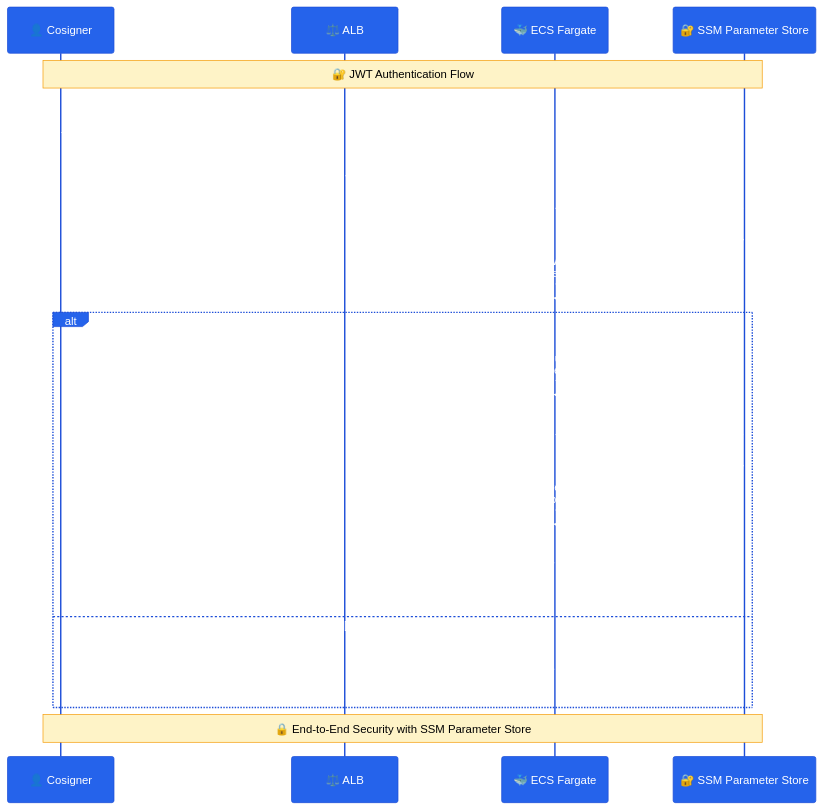
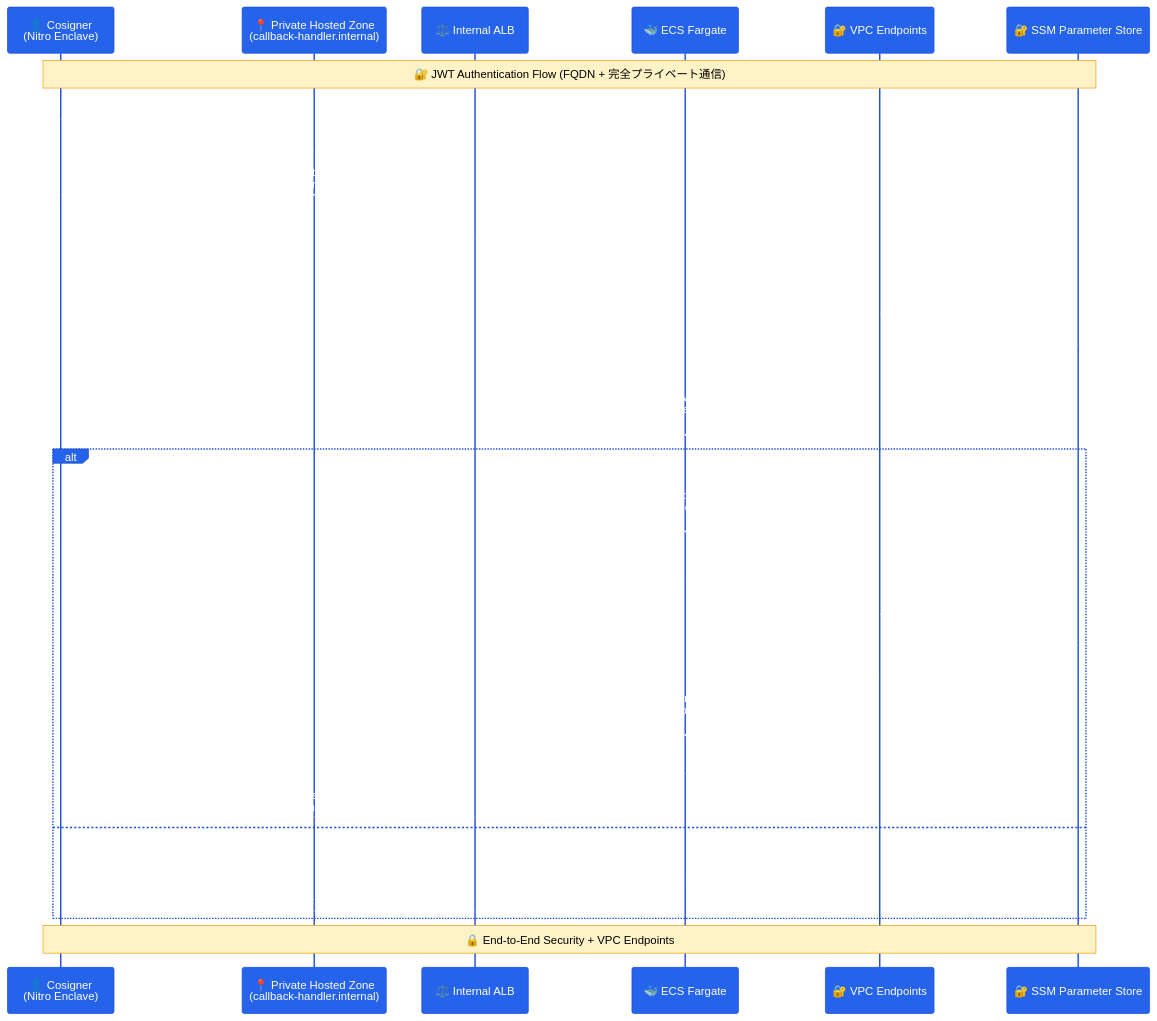
The second of 2 diagrams in README.md (mahiroaug/fireblocks-callbackhandler2), drawn with Mermaid before and after one commit. The commit also changed other lines of this file and 13 other files, not shown here.

````diff
--- a/README.md
+++ b/README.md
@@ -49,35 +93,43 @@
 ```mermaid
 %%{init: {'theme': 'base', 'themeVariables': { 'primaryColor': '#2563eb', 'primaryTextColor': '#ffffff', 'primaryBorderColor': '#1d4ed8', 'lineColor': '#374151', 'secondaryColor': '#f3f4f6', 'tertiaryColor': '#e5e7eb', 'background': '#ffffff', 'noteTextColor': '#000000', 'noteBkgColor': '#fef3c7', 'noteBorderColor': '#f59e0b'}}}%%
 sequenceDiagram
-    participant C as 👤 Cosigner
-    participant A as ⚖️ ALB
+    participant C as 👤 Cosigner<br/>(Nitro Enclave)
+    participant D as 📍 Private Hosted Zone<br/>(callback-handler.internal)
+    participant A as ⚖️ Internal ALB
     participant E as 🐳 ECS Fargate
+    participant V as 🔐 VPC Endpoints
     participant S as 🔐 SSM Parameter Store
     
-    Note over C,S: 🔐 JWT Authentication Flow
+    Note over C,S: 🔐 JWT Authentication Flow (FQDN + 完全プライベート通信)
     
-    C->>A: 1. HTTPS Request (Port 443)<br/>JWT Token (signed with cosigner_private_key)
-    A->>E: 2. HTTP Forward (Port 3000)<br/>JWT Token
+    C->>D: 1. DNS Query (callback-handler.internal)
+    D-->>C: 2. DNS Response (ALB IP Address)
+    C->>A: 3. HTTPS Request (Port 443)<br/>JWT Token (signed with cosigner_private_key)
+    A->>E: 4. HTTP Forward (Port 3000)<br/>JWT Token
     
-    E->>S: 3. Get cosigner_public_key
-    S-->>E: 4. Return public key
+    E->>V: 5. Get cosigner_public_key<br/>(via SSM VPC Endpoint)
+    V->>S: 6. Parameter Store Access
+    S-->>V: 7. Return public key
+    V-->>E: 8. Return public key
     
-    E->>E: 5. Verify JWT signature<br/>using cosigner_public_key
+    E->>E: 9. Verify JWT signature<br/>using cosigner_public_key
     
     alt JWT verification successful
-        E->>E: 6. Execute business logic<br/>(approve/reject decision)
+        E->>E: 10. Execute business logic<br/>(approve/reject decision)
         
-        E->>S: 7. Get callback_private_key
-        S-->>E: 8. Return private key
+        E->>V: 11. Get callback_private_key<br/>(via SSM VPC Endpoint)
+        V->>S: 12. Parameter Store Access
+        S-->>V: 13. Return private key
+        V-->>E: 14. Return private key
         
-        E->>E: 9. Generate response JWT<br/>signed with callback_private_key
+        E->>E: 15. Generate response JWT<br/>signed with callback_private_key
         
-        E-->>A: 10. JWT Response (HTTP 200)
-        A-->>C: 11. HTTPS Response<br/>Signed JWT Response
+        E-->>A: 16. JWT Response (HTTP 200)
+        A-->>C: 17. HTTPS Response<br/>Signed JWT Response
     else JWT verification failed
-        E-->>A: 12. Error Response (HTTP 401)
-        A-->>C: 13. Authentication Error
+        E-->>A: 18. Error Response (HTTP 401)
+        A-->>C: 19. Authentication Error
     end
     
-    Note over C,S: 🔒 End-to-End Security with SSM Parameter Store
+    Note over C,S: 🔒 End-to-End Security + VPC Endpoints
 ```
````
